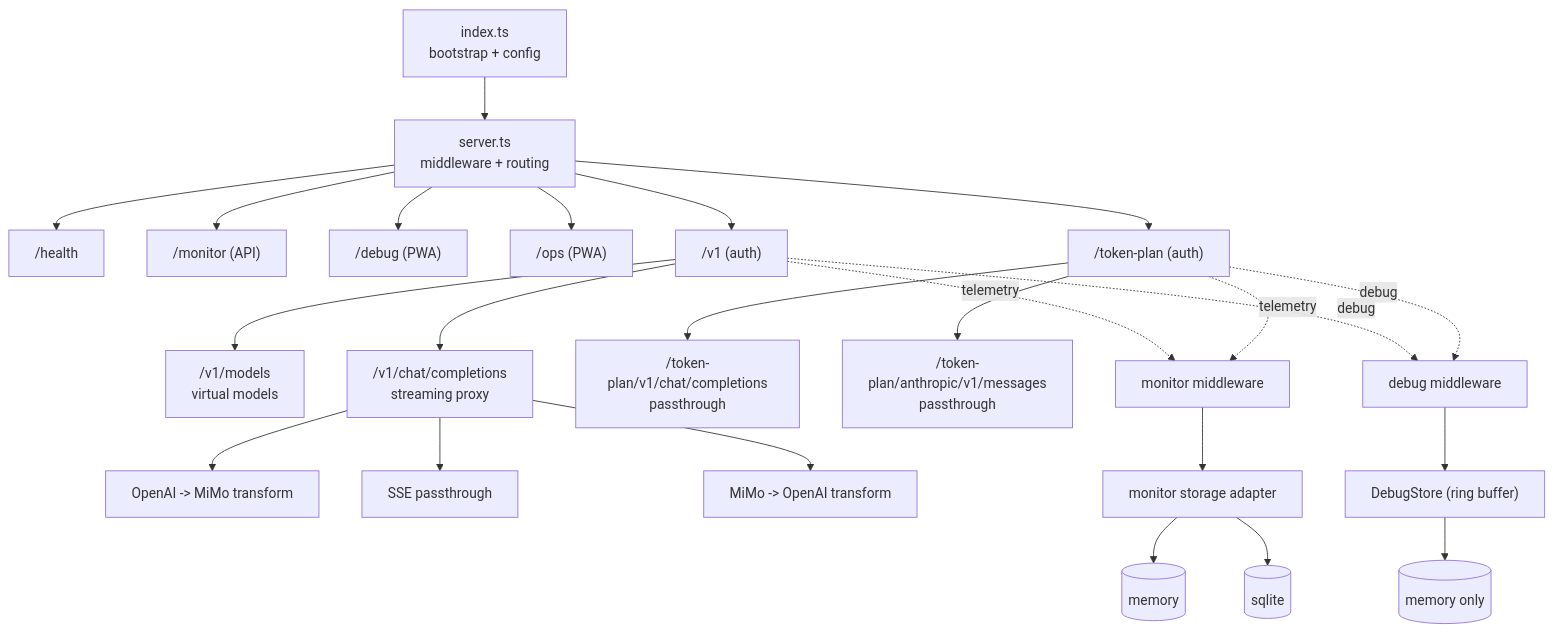
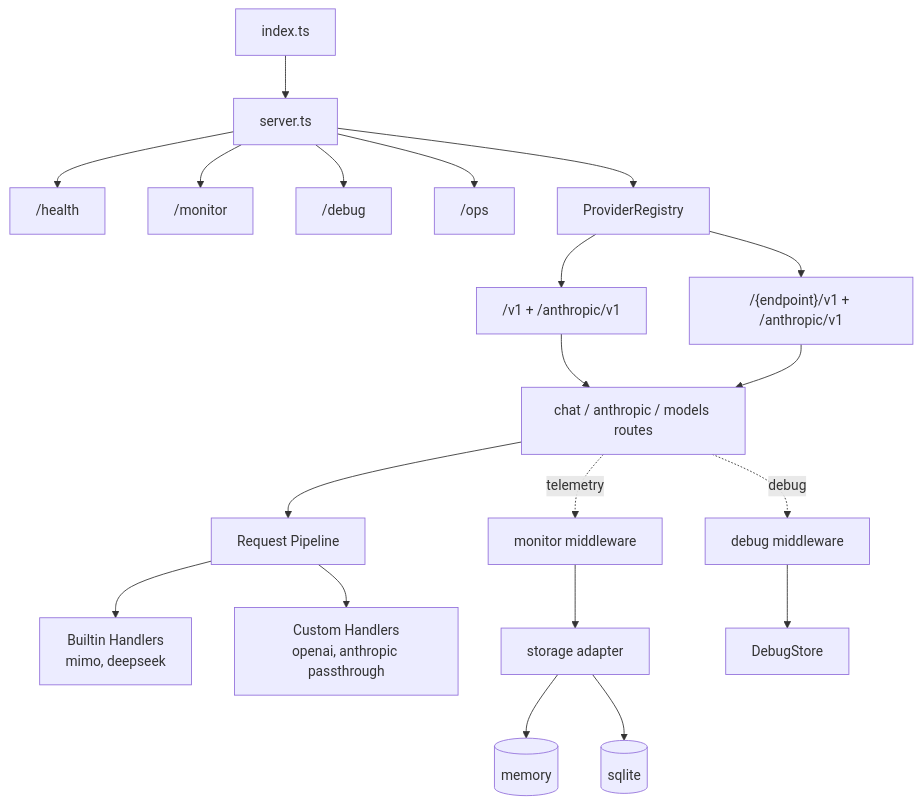
The diagram in ARCHITECTURE.md (human07d0/Chimera), drawn with Mermaid before and after one commit. The commit also changed other lines of this file and 20 other files, not shown here.

First line of the commit message:
docs: rewrite ARCHITECTURE for multi-provider design, add architecture docs

````diff
--- a/ARCHITECTURE.md
+++ b/ARCHITECTURE.md
@@ -16,32 +31,29 @@
 ```mermaid
 flowchart TD
-    IDX["index.ts<br/>bootstrap + config"] --> SRV["server.ts<br/>middleware + routing"]
+    IDX["index.ts"] --> SRV["server.ts"]
 
     SRV --> HEALTH["/health"]
-    SRV --> MON["/monitor (API)"]
-    SRV --> DBG["/debug (PWA)"]
-    SRV --> OPS["/ops (PWA)"]
-    SRV --> API["/v1 (auth)"]
-    SRV --> TP["/token-plan (auth)"]
+    SRV --> MON["/monitor"]
+    SRV --> DBG["/debug"]
+    SRV --> OPS["/ops"]
 
-    API --> MODELS["/v1/models<br/>virtual models"]
-    API --> CHAT["/v1/chat/completions<br/>streaming proxy"]
+    SRV --> REG["ProviderRegistry"]
 
-    CHAT --> REQ["OpenAI -> MiMo transform"]
-    CHAT --> STRM["SSE passthrough"]
-    CHAT --> RESP["MiMo -> OpenAI transform"]
+    REG --> EP_STD["/v1 + /anthropic/v1"]
+    REG --> EP_CUSTOM["/{endpoint}/v1 + /anthropic/v1"]
 
-    TP --> TP_CHAT["/token-plan/v1/chat/completions<br/>passthrough"]
-    TP --> TP_MSG["/token-plan/anthropic/v1/messages<br/>passthrough"]
+    EP_STD --> ROUTES["chat / anthropic / models routes"]
+    EP_CUSTOM --> ROUTES
 
-    API -. telemetry .-> MM["monitor middleware"]
-    TP -. telemetry .-> MM
-    MM --> STORE["monitor storage adapter"]
+    ROUTES --> PIPE["Request Pipeline"]
+    PIPE --> BUILTIN["Builtin Handlers<br/>mimo, deepseek"]
+    PIPE --> CUSTOM["Custom Handlers<br/>openai, anthropic passthrough"]
+
+    ROUTES -. telemetry .-> MM["monitor middleware"]
+    MM --> STORE["storage adapter"]
     STORE --> MEM[("memory")]
     STORE --> SQL[("sqlite")]
 
-    API -. debug .-> DM["debug middleware"]
-    TP -. debug .-> DM
-    DM --> DSTORE["DebugStore (ring buffer)"]
-    DSTORE --> DMEM[("memory only")]
+    ROUTES -. debug .-> DM["debug middleware"]
+    DM --> DSTORE["DebugStore"]
 ```
````
